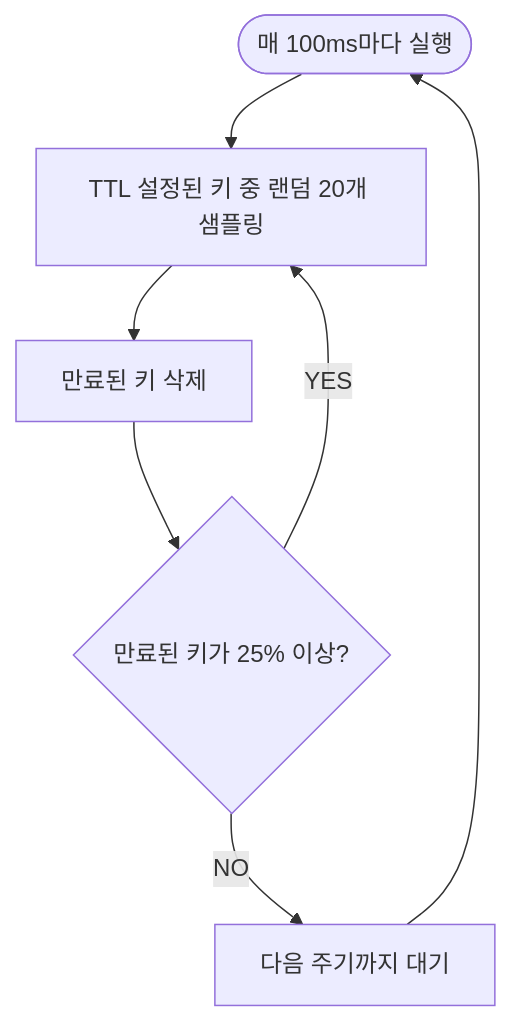
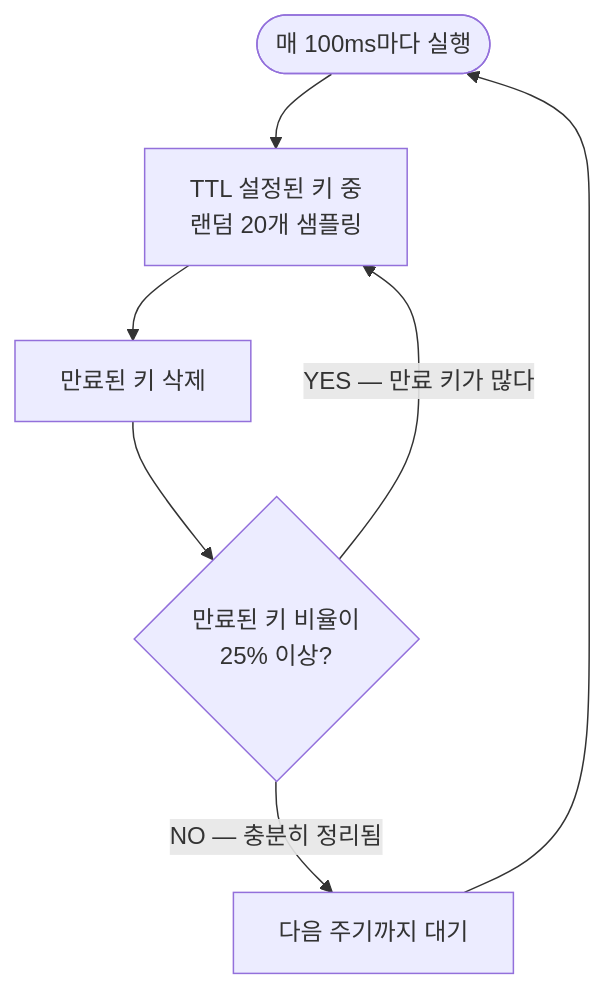
Before and after one commit to yjkim2015/yjkim2015.github.io: the second of 3 diagrams in _posts/redis/2026-05-01-redis-ttl.md, drawn with Mermaid. The commit also changed other lines of this file and 122 other files, not shown here.

````diff
--- a/_posts/redis/2026-05-01-redis-ttl.md
+++ b/_posts/redis/2026-05-01-redis-ttl.md
@@ -79,9 +72,9 @@
 ```mermaid
 graph TD
-    START([매 100ms마다 실행]) --> SAMPLE[TTL 설정된 키 중 랜덤 20개 샘플링]
-    SAMPLE --> DELETE[만료된 키 삭제]
-    DELETE --> CHECK{만료된 키가 25% 이상?}
-    CHECK -->|YES| SAMPLE
-    CHECK -->|NO| WAIT[다음 주기까지 대기]
+    START(["매 100ms마다 실행"]) --> SAMPLE["TTL 설정된 키 중<br>랜덤 20개 샘플링"]
+    SAMPLE --> DELETE["만료된 키 삭제"]
+    DELETE --> CHECK{"만료된 키 비율이<br>25% 이상?"}
+    CHECK -->|"YES — 만료 키가 많다"| SAMPLE
+    CHECK -->|"NO — 충분히 정리됨"| WAIT["다음 주기까지 대기"]
     WAIT --> START
 ```
````
